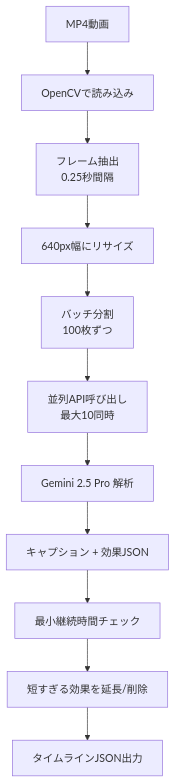
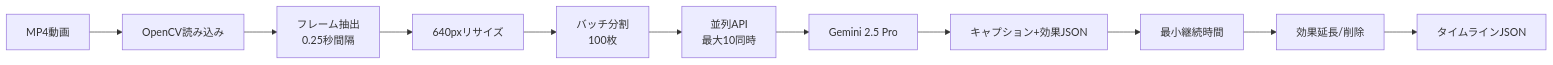
Before and after one commit to jphacks/kz_2504: the second of 2 diagrams in docs/ai-video-analysis-specification-awardday.md, drawn with Mermaid. The commit also changed other lines of this file, not shown here.

Commit message:
Mermaid記法エラーを改善。

````diff
--- a/docs/ai-video-analysis-specification-awardday.md
+++ b/docs/ai-video-analysis-specification-awardday.md
@@ -180,13 +166,8 @@
 ```mermaid
-flowchart TB
-    A[MP4動画] --> B[OpenCVで読み込み]
-    B --> C[フレーム抽出<br/>0.25秒間隔]
-    C --> D[640px幅にリサイズ]
-    D --> E[バッチ分割<br/>100枚ずつ]
-    E --> F[並列API呼び出し<br/>最大10同時]
-    F --> G[Gemini 2.5 Pro 解析]
-    G --> H[キャプション + 効果JSON]
-    H --> I[最小継続時間チェック]
-    I --> J[短すぎる効果を延長/削除]
-    J --> K[タイムラインJSON出力]
+flowchart LR
+    A[MP4動画] --> B[OpenCV読み込み] --> C[フレーム抽出<br/>0.25秒間隔]
+    C --> D[640pxリサイズ] --> E[バッチ分割<br/>100枚]
+    E --> F[並列API<br/>最大10同時] --> G[Gemini 2.5 Pro]
+    G --> H[キャプション+効果JSON] --> I[最小継続時間]
+    I --> J[効果延長/削除] --> K[タイムラインJSON]
 ```
````
